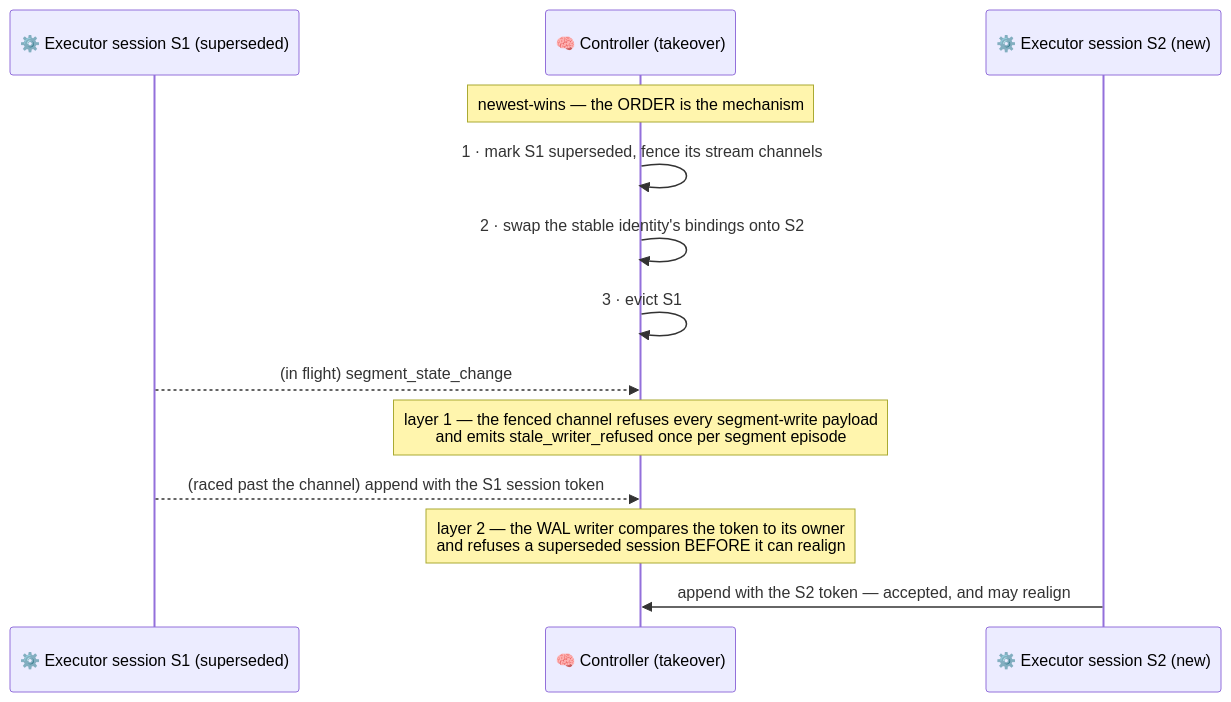
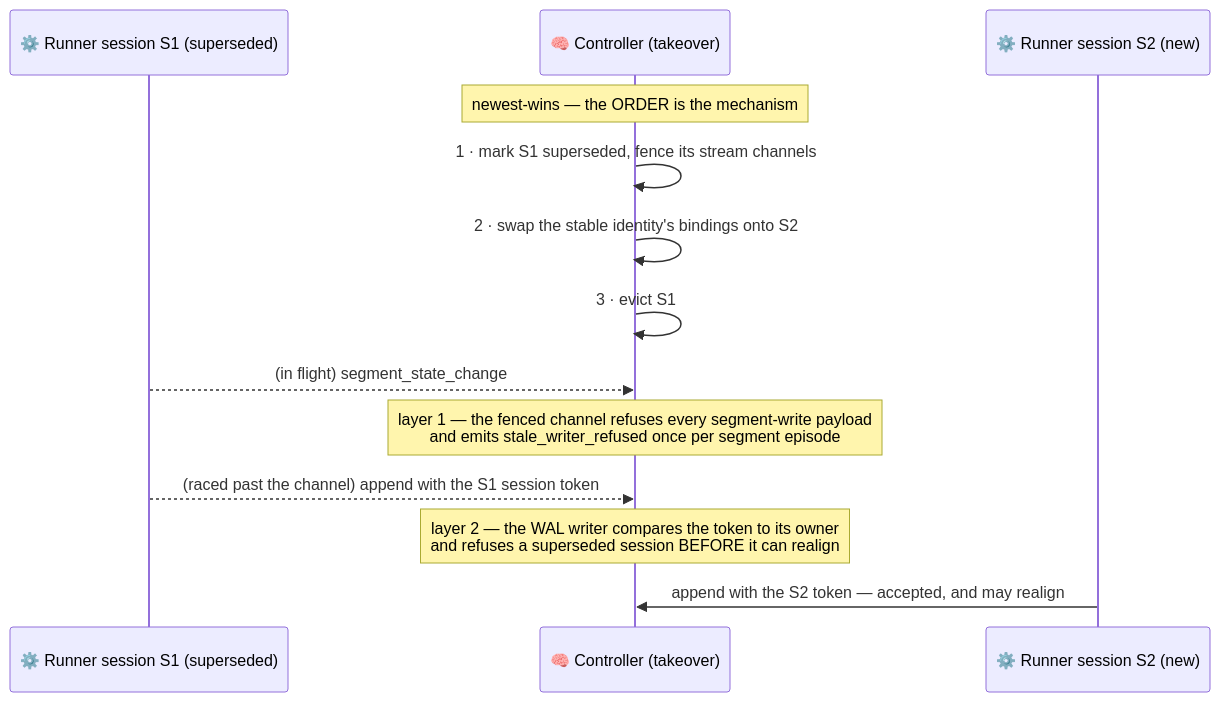
One commit to Flezha/flezha changed diagram 13 of 16 in docs/architecture/kernel.md. Above: the diagram before and after it, drawn with Mermaid. The commit also changed other lines of this file and 535 other files, not shown here.

````diff
--- a/docs/architecture/kernel.md
+++ b/docs/architecture/kernel.md
@@ -572,19 +572,19 @@
 ```mermaid
 sequenceDiagram
-    participant OLD as ⚙️ Executor session S1 (superseded)
+    participant OLD as ⚙️ Runner session S1 (superseded)
     participant CTRL as 🧠 Controller (takeover)
-    participant NEW as ⚙️ Executor session S2 (new)
+    participant NEW as ⚙️ Runner session S2 (new)
 
     Note over CTRL: newest-wins — the ORDER is the mechanism
     CTRL->>CTRL: 1 · mark S1 superseded, fence its stream channels
     CTRL->>CTRL: 2 · swap the stable identity's bindings onto S2
     CTRL->>CTRL: 3 · evict S1
 
     OLD-->>CTRL: (in flight) segment_state_change
     Note over CTRL: layer 1 — the fenced channel refuses every segment-write payload<br/>and emits stale_writer_refused once per segment episode
 
     OLD-->>CTRL: (raced past the channel) append with the S1 session token
     Note over CTRL: layer 2 — the WAL writer compares the token to its owner<br/>and refuses a superseded session BEFORE it can realign
 
     NEW->>CTRL: append with the S2 token — accepted, and may realign
 ```
````
